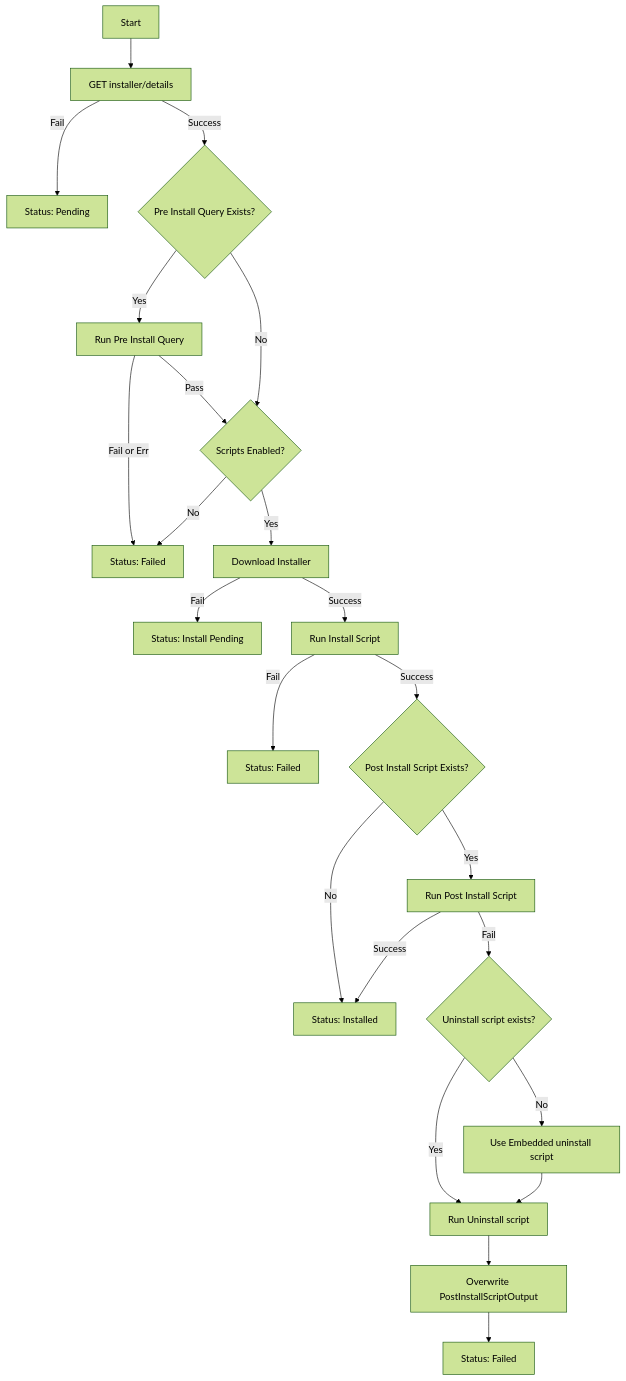
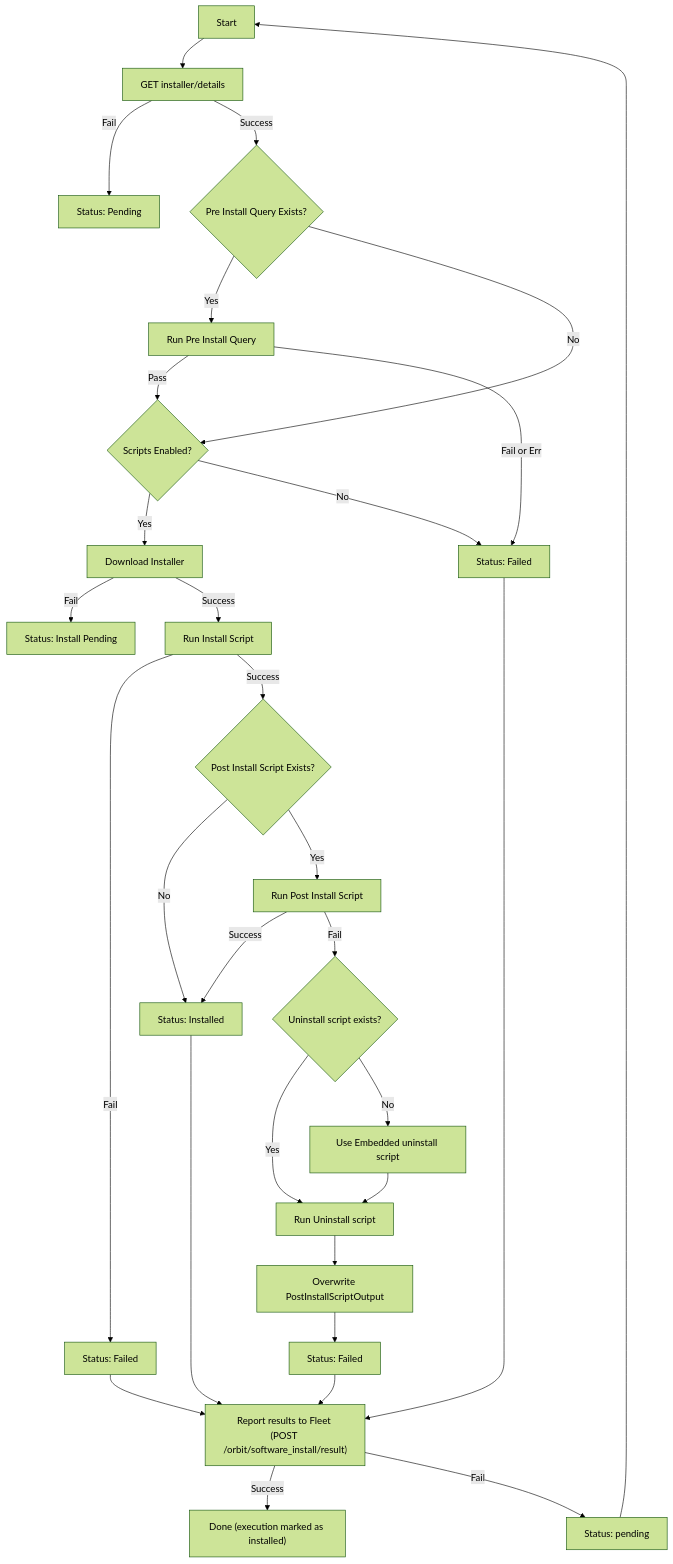
Before and after one commit to fleetdm/fleet: the diagram in orbit/pkg/installer/installer.md, drawn with Mermaid (forest theme).

Commit message:
feat: add steps for reporting  results

````diff
--- a/orbit/pkg/installer/installer.md
+++ b/orbit/pkg/installer/installer.md
@@ -3,26 +3,34 @@
 ```mermaid
 graph TD
     Start --> ID[GET installer/details]
     %% TODO: what is retry behavior during pending status?
     ID -->|Fail| StatusPending[Status: Pending]
     ID -->|Success| PIE{Pre Install Query Exists?} 
     PIE -->|Yes| RPIE[Run Pre Install Query]
     RPIE -->|Pass| SE
     RPIE -->|Fail or Err| StatusFailed[Status: Failed]
     PIE -->|No| SE{Scripts Enabled?}
     SE -->|Yes| DI[Download Installer]
     SE -->|No| StatusFailed
     DI -->|Fail| RE[Status: Install Pending]
     DI -->|Success| IS[Run Install Script]
     IS -->|Fail| StatusFailed2[Status: Failed]
     IS -->|Success| PoIE{Post Install Script Exists?}
     PoIE -->|No| StatusInstalled
     PoIE -->|Yes| RPoIE[Run Post Install Script]
     RPoIE -->|Success| StatusInstalled[Status: Installed]
     RPoIE -->|Fail| USE{Uninstall script exists?}
     USE -->|Yes| RUS[Run Uninstall script]
     USE -->|No| RUS2[Use Embedded uninstall script]
     RUS --> OW[Overwrite PostInstallScriptOutput]
     RUS2 --> RUS
     OW --> Failed[Status: Failed]
+    RR["Report results to Fleet (POST /orbit/software_install/result)"]
+    StatusFailed --> RR
+    StatusInstalled --> RR
+    StatusFailed2 --> RR
+    Failed --> RR
+    RR --> |Success| D["Done (execution marked as installed)"]
+    RR --> |Fail| SP[Status: pending]
+    SP --> Start
 ```
````
